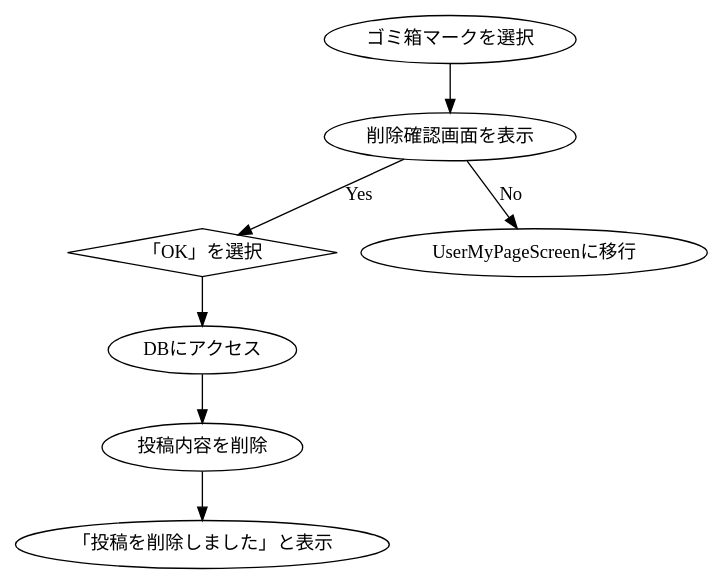
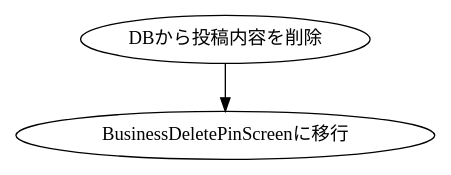
The diagram in dot/iwamura/BusinessDeletePinDetail.dot (KUT-Group12/internal_design), drawn with Graphviz before and after one commit. The commit also changed 9 other files, not shown here.

```diff
--- a/dot/iwamura/BusinessDeletePinDetail.dot
+++ b/dot/iwamura/BusinessDeletePinDetail.dot
@@ -1,18 +1,8 @@
 digraph G {
     #include "style.doth"
 
-    trash[label = "ゴミ箱マークを選択"]
-    trash_display[label = "削除確認画面を表示"]
-    yes[label = "「OK」を選択", shape = diamond]
-    no[label = "UserMyPageScreenに移行"]
-    db[label = "DBにアクセス"]
-    delete[label = "投稿内容を削除"]
-    delete_display[label = "「投稿を削除しました」と表示"]
+    db[label = "DBから投稿内容を削除"]
+    view[label = "BusinessDeletePinScreenに移行"]
 
-    trash -> trash_display
-    trash_display -> yes[label = "Yes"]
-    trash_display -> no[label = "No"]
-    yes -> db
-    db -> delete
-    delete -> delete_display
+    db -> view
 }
```
